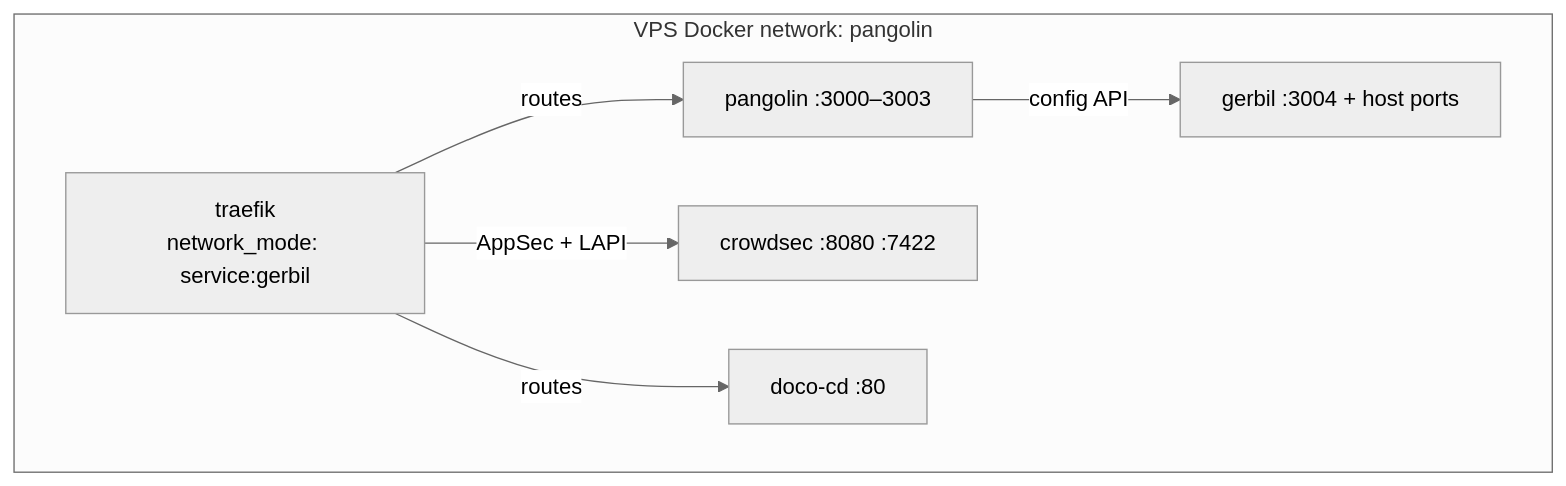
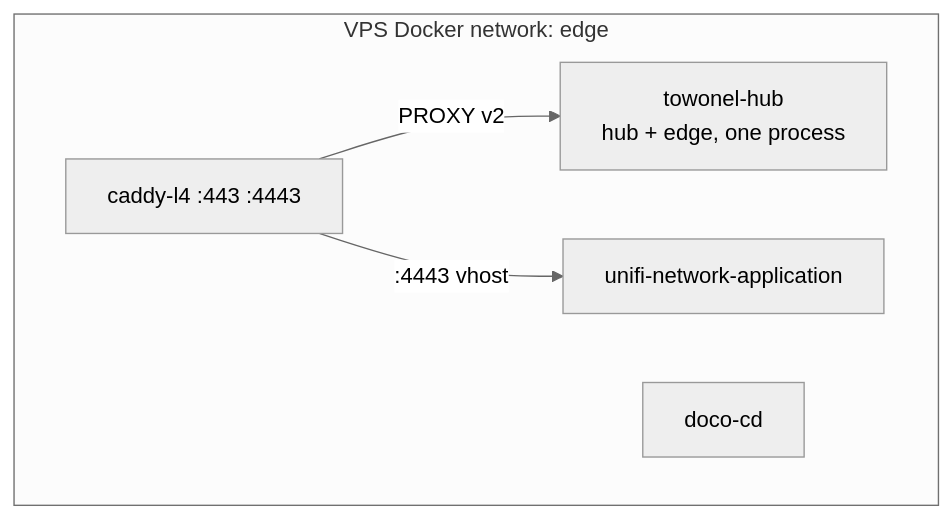
The second of 2 diagrams in docker/vps/README.md (tscibilia/home-ops), drawn with Mermaid (neutral theme) before and after one commit. The commit also changed other lines of this file and 7 other files, not shown here.

First line of the commit message:
feat(vps): retire pangolin from the permanent VPS

````diff
--- a/docker/vps/README.md
+++ b/docker/vps/README.md
@@ -35,14 +36,11 @@
 ```mermaid
 graph TD
-    subgraph VPS Docker network: pangolin
-        pangolin[pangolin :3000–3003]
-        gerbil[gerbil :3004 + host ports]
-        traefik[traefik\nnetwork_mode: service:gerbil]
-        crowdsec[crowdsec :8080 :7422]
-        doco-cd[doco-cd :80]
+    subgraph VPS Docker network: edge
+        caddy[caddy-l4 :443 :4443]
+        towonel[towonel-hub\nhub + edge, one process]
+        unifi[unifi-network-application]
+        dococd[doco-cd]
     end
-    pangolin -->|config API| gerbil
-    traefik -->|AppSec + LAPI| crowdsec
-    traefik -->|routes| pangolin
-    traefik -->|routes| doco-cd
+    caddy -->|PROXY v2| towonel
+    caddy -->|:4443 vhost| unifi
 ```
````
